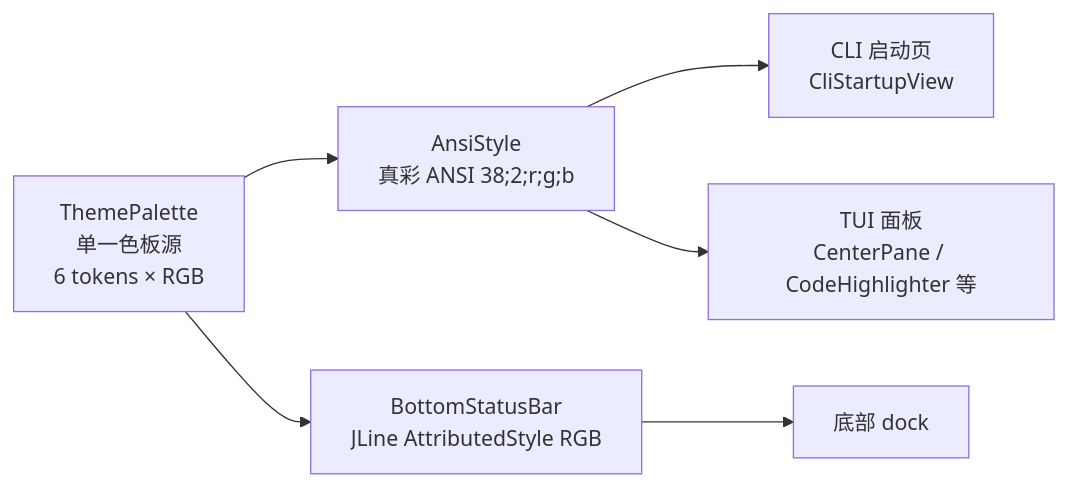
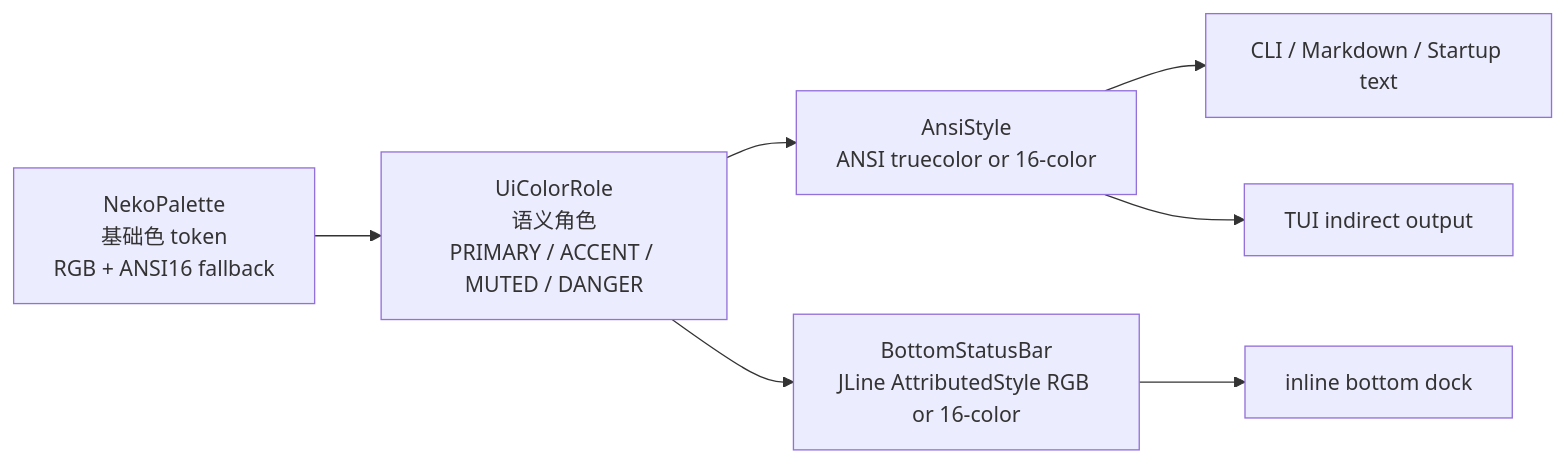
The diagram in docs/mindcli-maid-theme-design.md (guolurenli/MindCLI), drawn with Mermaid before and after one commit. The commit also changed other lines of this file and 46 other files, not shown here.

````diff
--- a/docs/mindcli-maid-theme-design.md
+++ b/docs/mindcli-maid-theme-design.md
@@ -39,15 +79,17 @@
 ```mermaid
 flowchart LR
-    TP[ThemePalette<br/>单一色板源<br/>6 tokens × RGB]
-    AS[AnsiStyle<br/>真彩 ANSI 38;2;r;g;b]
-    SB[BottomStatusBar<br/>JLine AttributedStyle RGB]
-    CLI[CLI 启动页<br/>CliStartupView]
-    TUI[TUI 面板<br/>CenterPane / CodeHighlighter 等]
-    DOCK[底部 dock]
+    NP["NekoPalette<br/>基础色 token<br/>RGB + ANSI16 fallback"]
+    ROLE["UiColorRole<br/>语义角色<br/>PRIMARY / ACCENT / MUTED / DANGER"]
+    AS["AnsiStyle<br/>ANSI truecolor or 16-color"]
+    SB["BottomStatusBar<br/>JLine AttributedStyle RGB or 16-color"]
+    CLI["CLI / Markdown / Startup text"]
+    TUI["TUI indirect output"]
+    DOCK["inline bottom dock"]
 
-    TP --> AS
-    TP --> SB
+    NP --> ROLE
+    ROLE --> AS
+    ROLE --> SB
     AS --> CLI
     AS --> TUI
     SB --> DOCK
 ```
````
